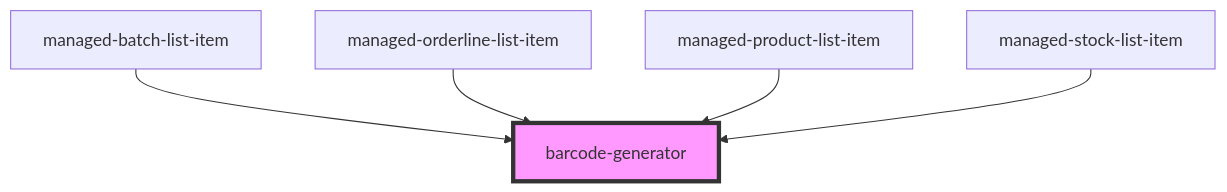
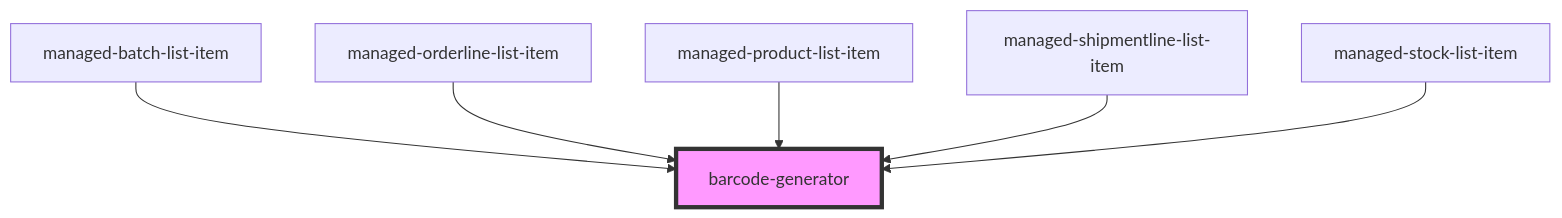
The diagram in pdm-web-components/src/components/barcode-generator/readme.md (PharmaLedger-IMI/fgt-workspace), drawn with Mermaid before and after one commit. The commit also changed other lines of this file and 18 other files, not shown here.

````diff
--- a/pdm-web-components/src/components/barcode-generator/readme.md
+++ b/pdm-web-components/src/components/barcode-generator/readme.md
@@ -30,8 +31,9 @@
 ```mermaid
 graph TD;
   managed-batch-list-item --> barcode-generator
   managed-orderline-list-item --> barcode-generator
   managed-product-list-item --> barcode-generator
+  managed-shipmentline-list-item --> barcode-generator
   managed-stock-list-item --> barcode-generator
   style barcode-generator fill:#f9f,stroke:#333,stroke-width:4px
 ```
````
